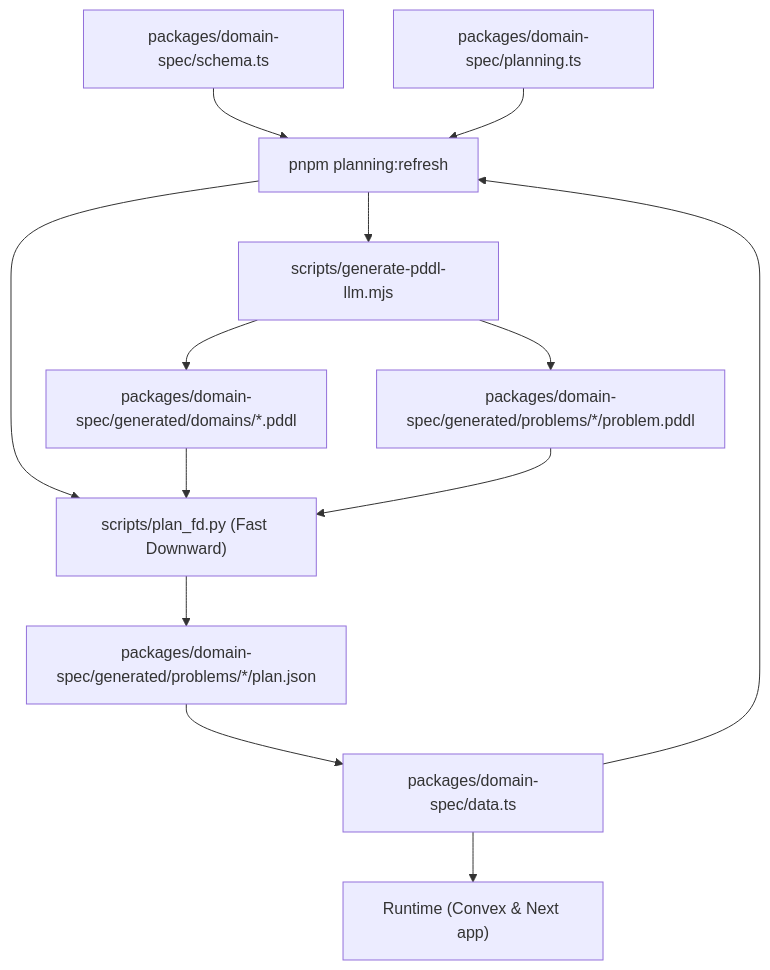
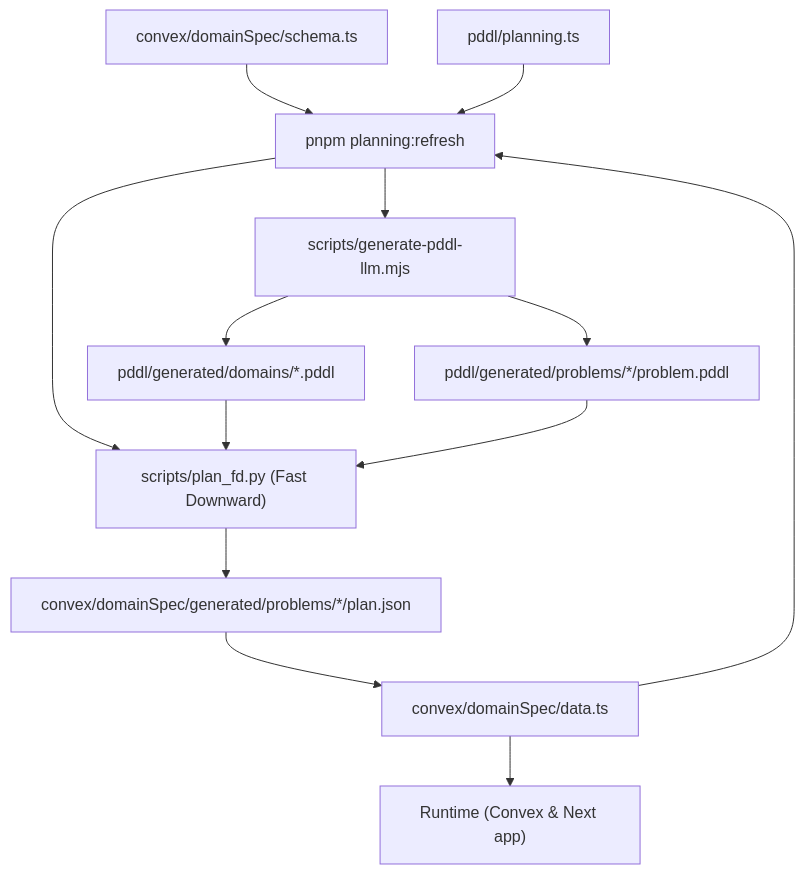
One commit to s33dunda/RogueNode changed the diagram in docs/ssot/planning-workflow.md. Above: the diagram before and after it, drawn with Mermaid. The commit also changed other lines of this file and 45 other files, not shown here.

````diff
--- a/docs/ssot/planning-workflow.md
+++ b/docs/ssot/planning-workflow.md
@@ -3,15 +3,15 @@
 ```mermaid
 graph TD
-    A["packages/domain-spec/schema.ts"] --> trigger
-    B["packages/domain-spec/data.ts"] --> trigger
-    D["packages/domain-spec/planning.ts"] --> trigger
+    A["convex/domainSpec/schema.ts"] --> trigger
+    B["convex/domainSpec/data.ts"] --> trigger
+    D["pddl/planning.ts"] --> trigger
     trigger["pnpm planning:refresh"] --> E["scripts/generate-pddl-llm.mjs"]
     trigger --> I["scripts/plan_fd.py (Fast Downward)"]
-    E --> G["packages/domain-spec/generated/domains/*.pddl"]
-    E --> H["packages/domain-spec/generated/problems/*/problem.pddl"]
+    E --> G["pddl/generated/domains/*.pddl"]
+    E --> H["pddl/generated/problems/*/problem.pddl"]
     G --> I
     H --> I
-    I --> J["packages/domain-spec/generated/problems/*/plan.json"]
+    I --> J["convex/domainSpec/generated/problems/*/plan.json"]
     J --> B
     B --> C["Runtime (Convex & Next app)"]
 ```
````
